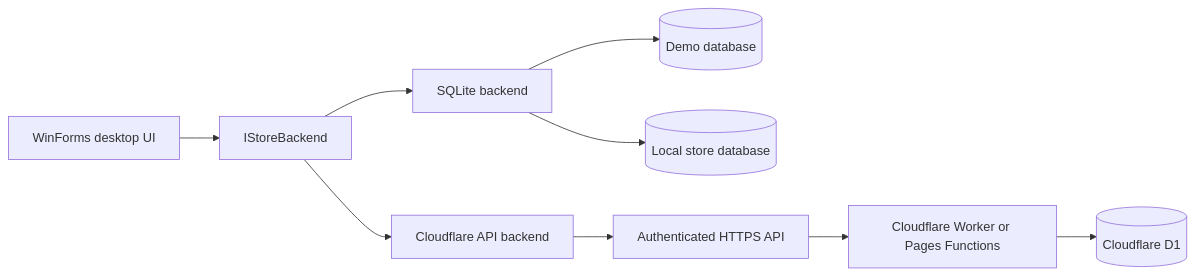
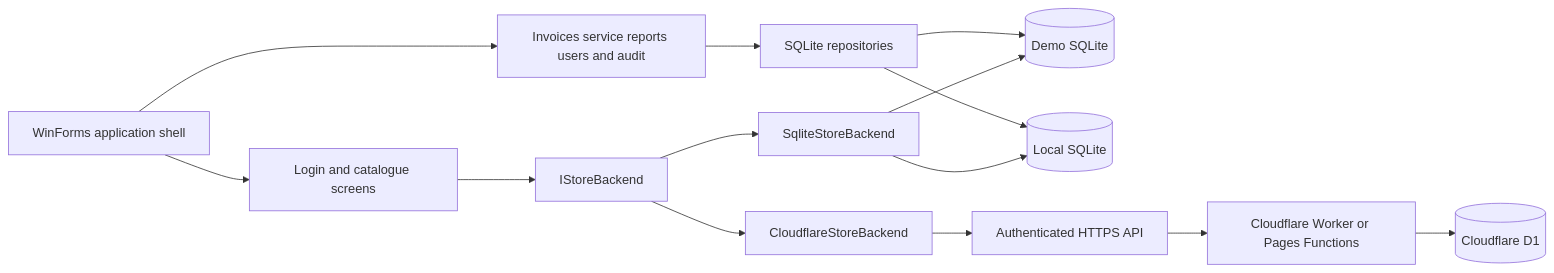
One commit to jason1511/Bike-STore-Project changed the diagram in README.md. Above: the diagram before and after it, drawn with Mermaid. The commit also changed other lines of this file, not shown here.

Commit message:
Rewrite README for current application workflow

````diff
--- a/README.md
+++ b/README.md
@@ -135,11 +187,29 @@
 ```mermaid
 flowchart LR
-    UI[WinForms desktop UI] --> Contract[IStoreBackend]
-    Contract --> SQLite[SQLite backend]
-    Contract --> Online[Cloudflare API backend]
-    SQLite --> DemoDB[(Demo database)]
-    SQLite --> LocalDB[(Local store database)]
-    Online --> HTTPS[Authenticated HTTPS API]
-    HTTPS --> Worker[Cloudflare Worker or Pages Functions]
-    Worker --> D1[(Cloudflare D1)]
+    Shell[WinForms application shell]
+    Shared[Login and catalogue screens]
+    LocalOnly[Invoices service reports users and audit]
+    Backend[IStoreBackend]
+    Repositories[SQLite repositories]
+    Sqlite[SqliteStoreBackend]
+    Cloud[CloudflareStoreBackend]
+    Demo[(Demo SQLite)]
+    Local[(Local SQLite)]
+    Api[Authenticated HTTPS API]
+    Worker[Cloudflare Worker or Pages Functions]
+    D1[(Cloudflare D1)]
+
+    Shell --> Shared
+    Shell --> LocalOnly
+    Shared --> Backend
+    Backend --> Sqlite
+    Backend --> Cloud
+    Sqlite --> Demo
+    Sqlite --> Local
+    LocalOnly --> Repositories
+    Repositories --> Demo
+    Repositories --> Local
+    Cloud --> Api
+    Api --> Worker
+    Worker --> D1
 ```
````
